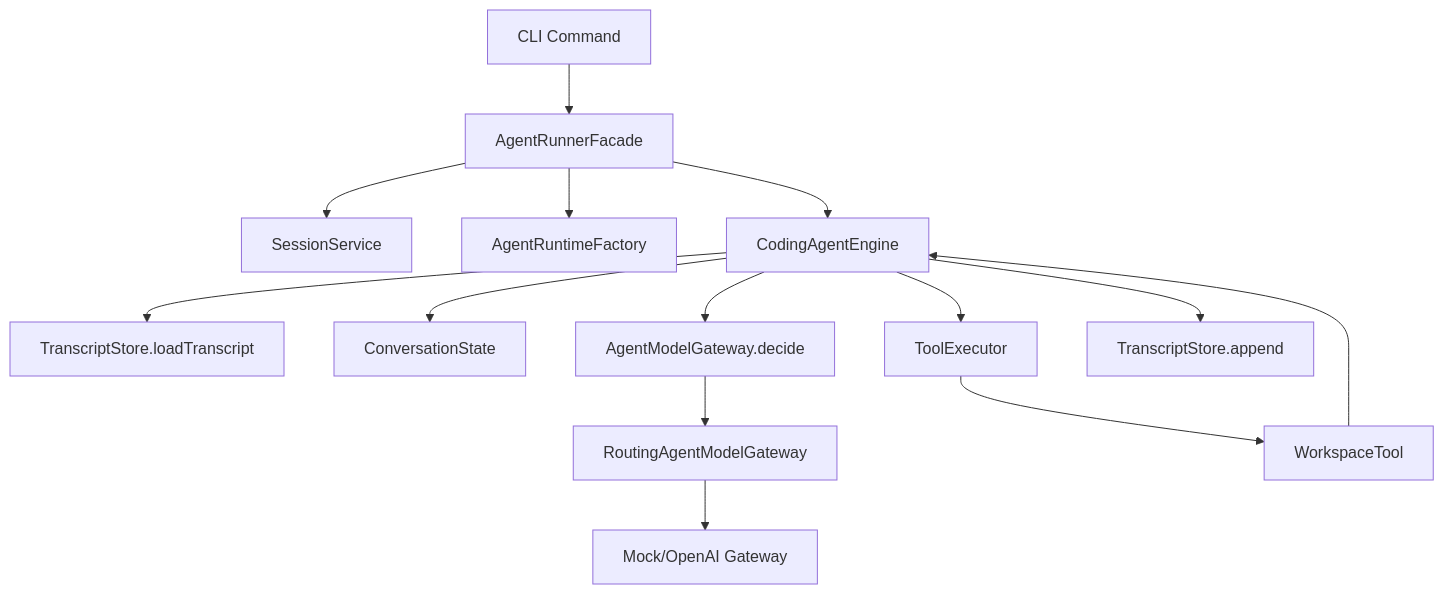
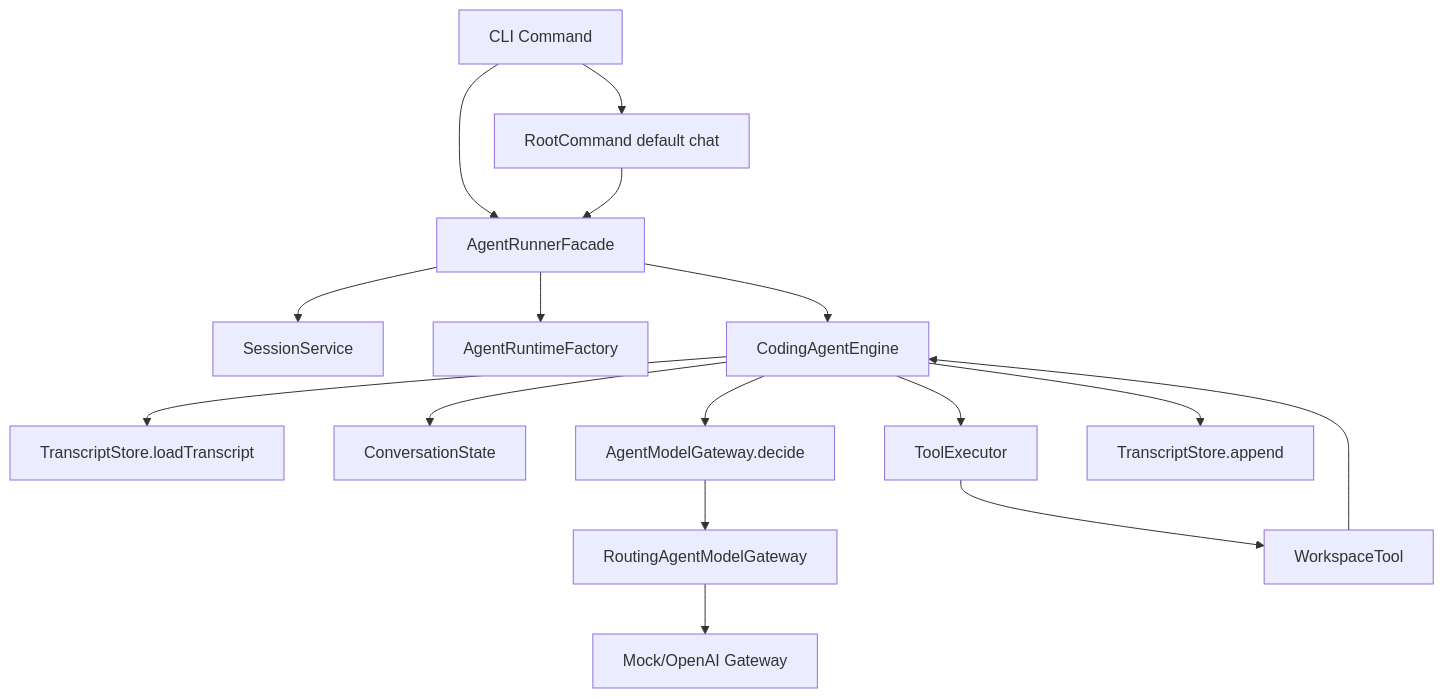
One commit to MarcelLeon/claw-code-java changed the third of 3 diagrams in docs/architecture.md. Above: the diagram before and after it, drawn with Mermaid. The commit also changed other lines of this file and 16 other files, not shown here.

````diff
--- a/docs/architecture.md
+++ b/docs/architecture.md
@@ -109,16 +115,18 @@
 ```mermaid
 flowchart TD
     A["CLI Command"] --> B["AgentRunnerFacade"]
+    A --> R["RootCommand default chat"]
+    R --> B
     B --> C["SessionService"]
     B --> D["AgentRuntimeFactory"]
     B --> E["CodingAgentEngine"]
     E --> F["TranscriptStore.loadTranscript"]
     E --> G["ConversationState"]
     E --> H["AgentModelGateway.decide"]
     H --> I["RoutingAgentModelGateway"]
     I --> J["Mock/OpenAI Gateway"]
     E --> K["ToolExecutor"]
     K --> L["WorkspaceTool"]
     L --> E
     E --> M["TranscriptStore.append"]
 ```
````
